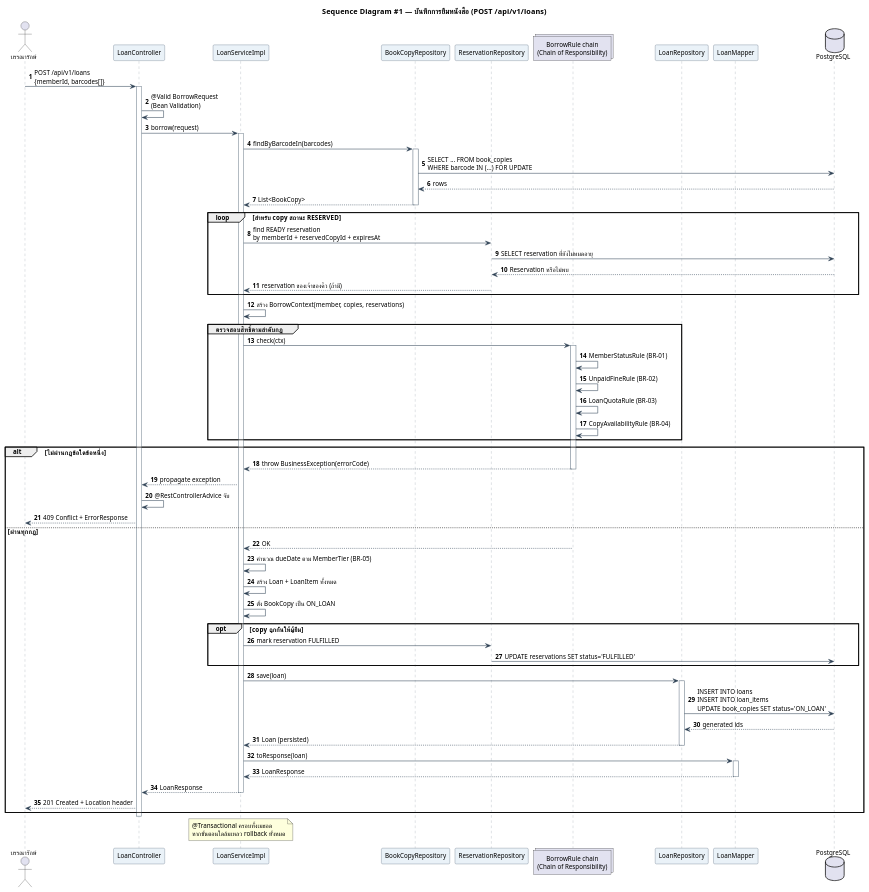
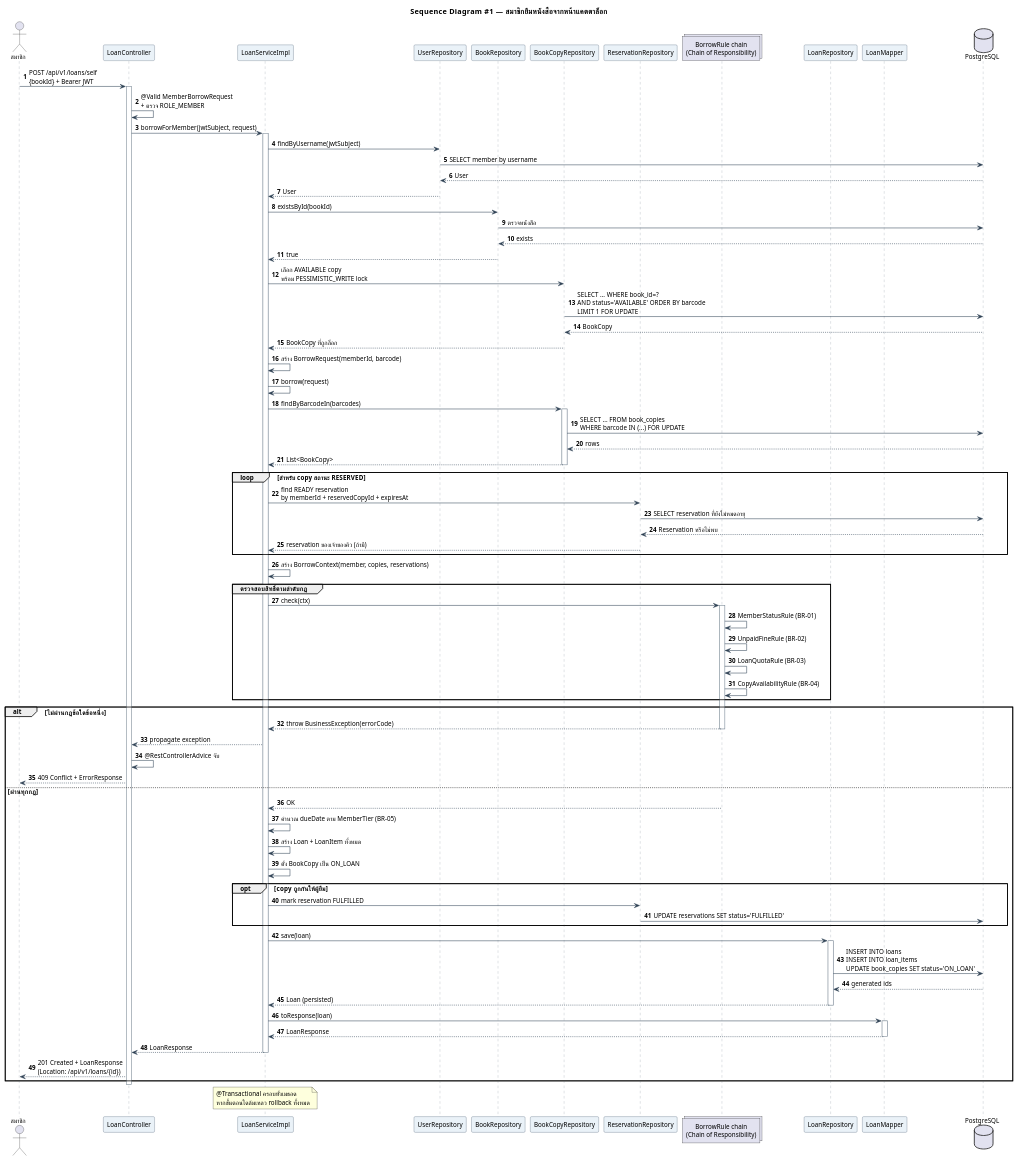
The diagram in doc/diagrams/05-sequence-borrow.puml (boatrocl/library_book_management), drawn with PlantUML before and after one commit. The commit also changed 16 other files, not shown here.

```diff
--- a/doc/diagrams/05-sequence-borrow.puml
+++ b/doc/diagrams/05-sequence-borrow.puml
@@ -1,94 +1,110 @@
 @startuml 05-sequence-borrow
-title Sequence Diagram #1 — บันทึกการยืมหนังสือ (POST /api/v1/loans)
+title Sequence Diagram #1 — สมาชิกยืมหนังสือจากหน้าแคตตาล็อก
 
 skinparam defaultFontName "Tahoma"
 skinparam defaultFontSize 12
 skinparam shadowing false
 skinparam sequence {
   ArrowColor #2E4053
   LifeLineBorderColor #85929E
   ParticipantBorderColor #34495E
   ParticipantBackgroundColor #EAF2F8
 }
 autonumber
 
-actor "บรรณารักษ์" as LIB
+actor "สมาชิก" as MEMBER
 participant "LoanController" as C
 participant "LoanServiceImpl" as S
+participant "UserRepository" as UR
+participant "BookRepository" as BR
 participant "BookCopyRepository" as CR
 participant "ReservationRepository" as RR
 collections "BorrowRule chain\n(Chain of Responsibility)" as R
 participant "LoanRepository" as LR
 participant "LoanMapper" as M
 database "PostgreSQL" as DB
 
-LIB -> C : POST /api/v1/loans\n{memberId, barcodes[]}
+MEMBER -> C : POST /api/v1/loans/self\n{bookId} + Bearer JWT
 activate C
-C -> C : @Valid BorrowRequest\n(Bean Validation)
-C -> S : borrow(request)
+C -> C : @Valid MemberBorrowRequest\n+ ตรวจ ROLE_MEMBER
+C -> S : borrowForMember(jwtSubject, request)
 activate S
+S -> UR : findByUsername(jwtSubject)
+UR -> DB : SELECT member by username
+DB --> UR : User
+UR --> S : User
+S -> BR : existsById(bookId)
+BR -> DB : ตรวจหนังสือ
+DB --> BR : exists
+BR --> S : true
+S -> CR : เลือก AVAILABLE copy\nพร้อม PESSIMISTIC_WRITE lock
+CR -> DB : SELECT ... WHERE book_id=?\nAND status='AVAILABLE' ORDER BY barcode\nLIMIT 1 FOR UPDATE
+DB --> CR : BookCopy
+CR --> S : BookCopy ที่ถูกล็อก
+S -> S : สร้าง BorrowRequest(memberId, barcode)
+S -> S : borrow(request)
 
 S -> CR : findByBarcodeIn(barcodes)
 activate CR
 CR -> DB : SELECT ... FROM book_copies\nWHERE barcode IN (...) FOR UPDATE
 DB --> CR : rows
 CR --> S : List<BookCopy>
 deactivate CR
 
 loop สำหรับ copy สถานะ RESERVED
   S -> RR : find READY reservation\nby memberId + reservedCopyId + expiresAt
   RR -> DB : SELECT reservation ที่ยังไม่หมดอายุ
   DB --> RR : Reservation หรือไม่พบ
   RR --> S : reservation ของเจ้าของคิว (ถ้ามี)
 end
 
 S -> S : สร้าง BorrowContext(member, copies, reservations)
 
 group ตรวจสอบสิทธิ์ตามลำดับกฎ
   S -> R : check(ctx)
   activate R
   R -> R : MemberStatusRule (BR-01)
   R -> R : UnpaidFineRule (BR-02)
   R -> R : LoanQuotaRule (BR-03)
   R -> R : CopyAvailabilityRule (BR-04)
 end
 
 alt ไม่ผ่านกฎข้อใดข้อหนึ่ง
   R --> S : throw BusinessException(errorCode)
   deactivate R
   S --> C : propagate exception
   C -> C : @RestControllerAdvice จับ
-  C --> LIB : 409 Conflict + ErrorResponse
+  C --> MEMBER : 409 Conflict + ErrorResponse
 else ผ่านทุกกฎ
   R --> S : OK
   S -> S : คำนวณ dueDate ตาม MemberTier (BR-05)
   S -> S : สร้าง Loan + LoanItem ทั้งหมด
   S -> S : ตั้ง BookCopy เป็น ON_LOAN
   opt copy ถูกกันให้ผู้ยืม
     S -> RR : mark reservation FULFILLED
     RR -> DB : UPDATE reservations SET status='FULFILLED'
   end
   S -> LR : save(loan)
   activate LR
   LR -> DB : INSERT INTO loans\nINSERT INTO loan_items\nUPDATE book_copies SET status='ON_LOAN'
   DB --> LR : generated ids
   LR --> S : Loan (persisted)
   deactivate LR
 
   S -> M : toResponse(loan)
   activate M
   M --> S : LoanResponse
   deactivate M
 
   S --> C : LoanResponse
   deactivate S
-  C --> LIB : 201 Created + Location header
+  C --> MEMBER : 201 Created + LoanResponse\n(Location: /api/v1/loans/{id})
 end
 deactivate C
 
 note over S
   @Transactional ครอบทั้งเมธอด
   หากขั้นตอนใดล้มเหลว rollback ทั้งหมด
 end note
 
 @enduml
```
